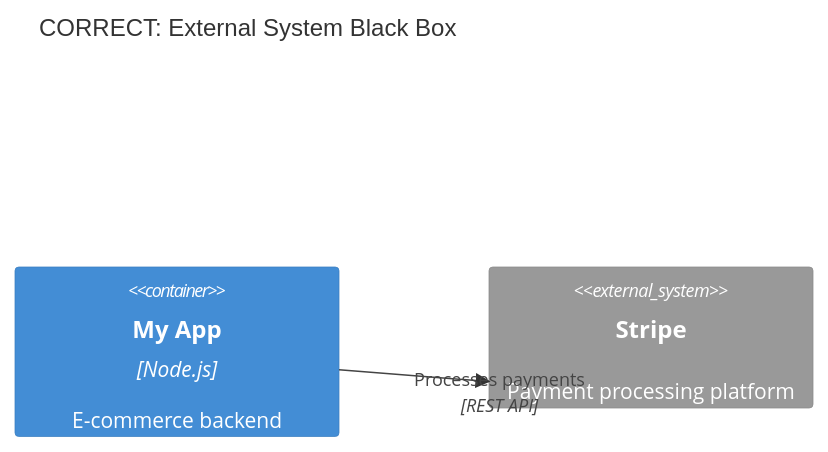
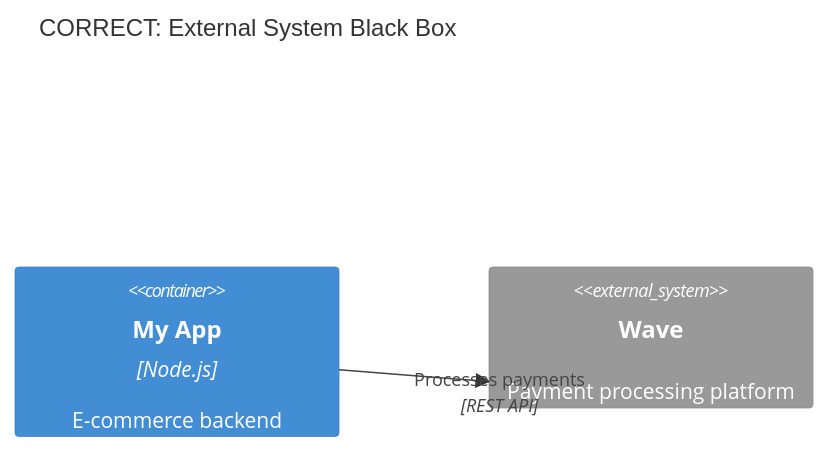
The ninth of 11 diagrams in .skills/skills Agents/skill-mermaidH/references/c4/common-mistakes.md (krsidoine7-svg/Ofika-c), drawn with Mermaid before and after one commit. The commit also changed other lines of this file and 424 other files, not shown here.

````diff
--- a/.skills/skills Agents/skill-mermaidH/references/c4/common-mistakes.md
+++ b/.skills/skills Agents/skill-mermaidH/references/c4/common-mistakes.md
@@ -192,9 +192,9 @@
 ```mermaid
 C4Context
   title CORRECT: External System Black Box
 
   Container(myApp, "My App", "Node.js", "E-commerce backend")
-  System_Ext(stripe, "Stripe", "Payment processing platform")
+  System_Ext(Wave, "Wave", "Payment processing platform")
 
-  Rel(myApp, stripe, "Processes payments", "REST API")
+  Rel(myApp, Wave, "Processes payments", "REST API")
 ```
````
